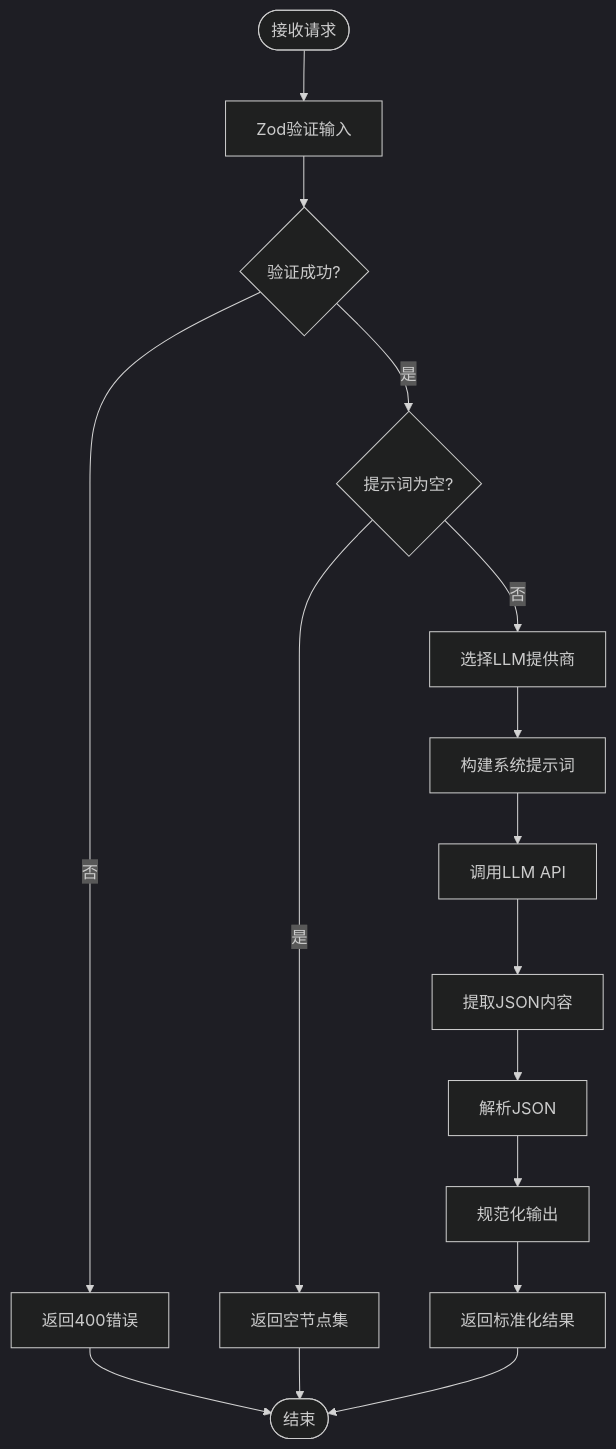
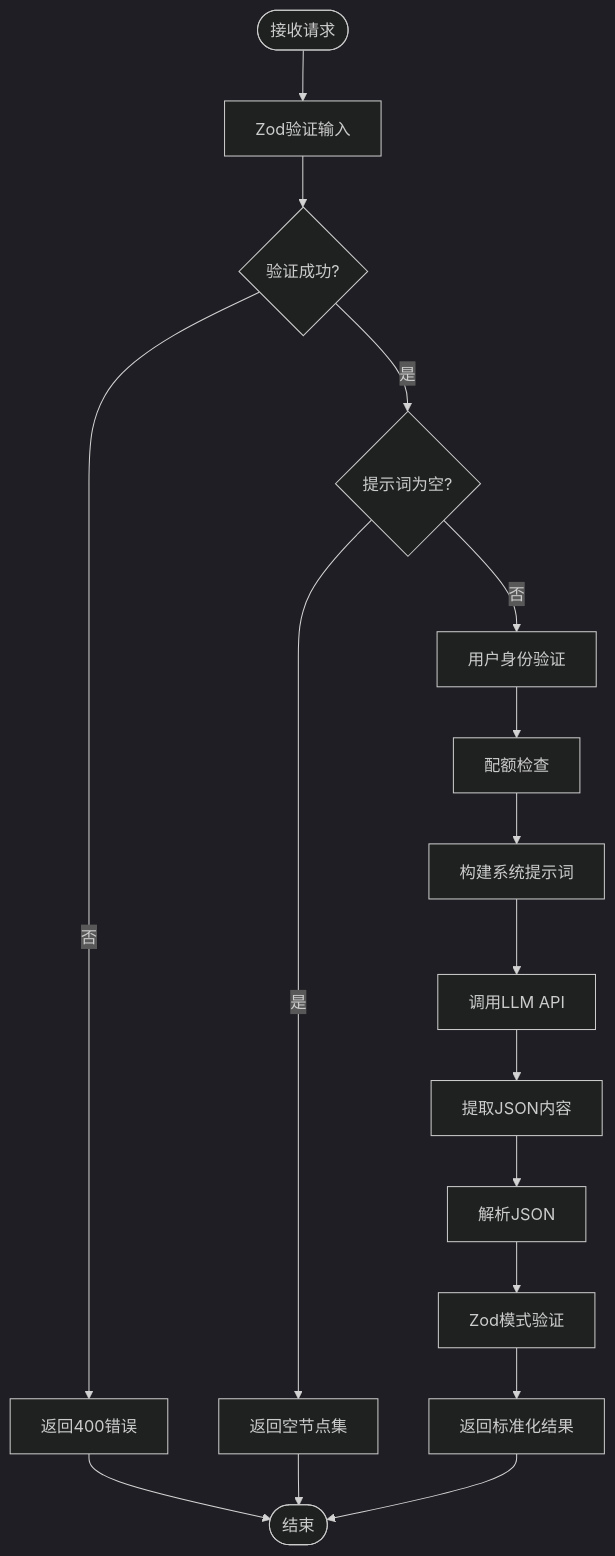
The second of 10 diagrams in .qoder/repowiki/zh/content/API接口文档/流程规划接口 (_api_plan).md (JasperLin2333/Flash-Flow), drawn with Mermaid (dark theme) before and after one commit. The commit also changed other lines of this file and 19 other files, not shown here.

````diff
--- a/.qoder/repowiki/zh/content/API接口文档/流程规划接口 (_api_plan).md
+++ b/.qoder/repowiki/zh/content/API接口文档/流程规划接口 (_api_plan).md
@@ -118,18 +132,19 @@
 ```mermaid
 flowchart TD
 Start([接收请求]) --> Validate["Zod验证输入"]
 Validate --> ValidCheck{"验证成功?"}
 ValidCheck --> |否| ReturnError["返回400错误"]
 ValidCheck --> |是| CheckPrompt{"提示词为空?"}
 CheckPrompt --> |是| ReturnEmpty["返回空节点集"]
-CheckPrompt --> |否| SelectProvider["选择LLM提供商"]
-SelectProvider --> BuildSystem["构建系统提示词"]
+CheckPrompt --> |否| AuthCheck["用户身份验证"]
+AuthCheck --> QuotaCheck["配额检查"]
+QuotaCheck --> BuildSystem["构建系统提示词"]
 BuildSystem --> CallLLM["调用LLM API"]
 CallLLM --> ExtractJSON["提取JSON内容"]
 ExtractJSON --> ParseJSON["解析JSON"]
-ParseJSON --> Normalize["规范化输出"]
-Normalize --> ReturnResponse["返回标准化结果"]
+ParseJSON --> ValidateSchema["Zod模式验证"]
+ValidateSchema --> ReturnResponse["返回标准化结果"]
 ReturnError --> End([结束])
 ReturnEmpty --> End
 ReturnResponse --> End
 ```
````
